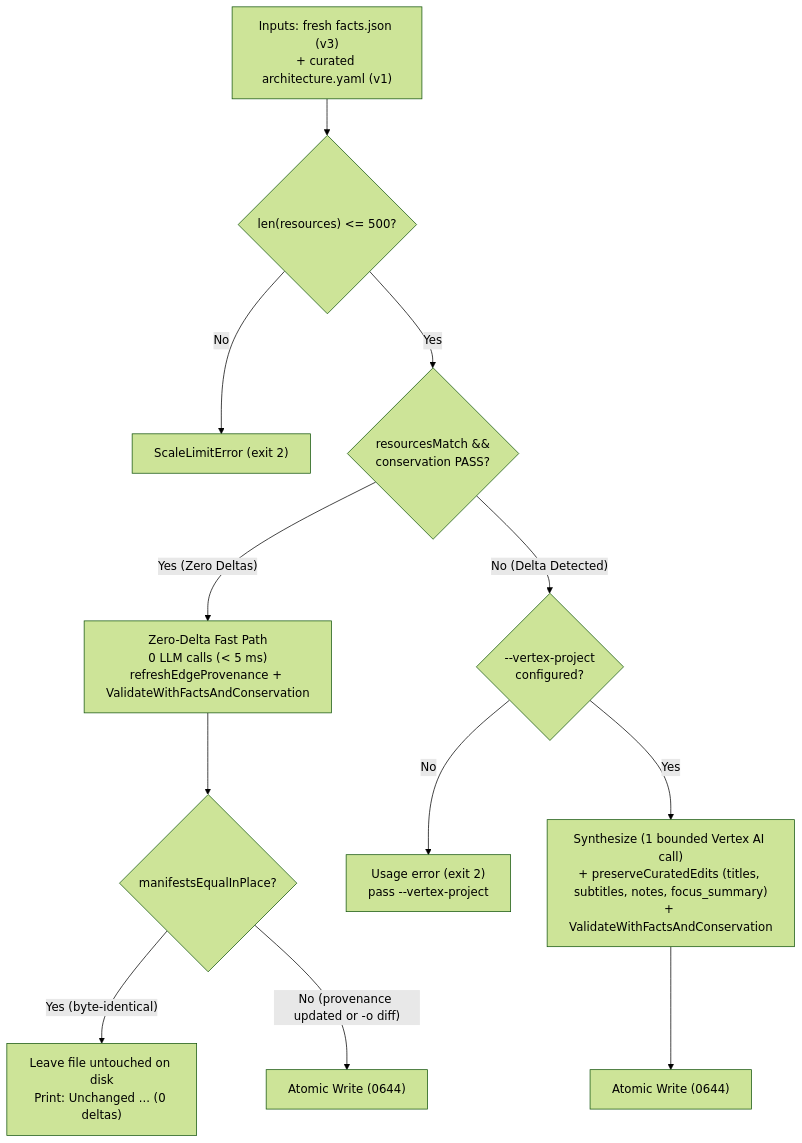
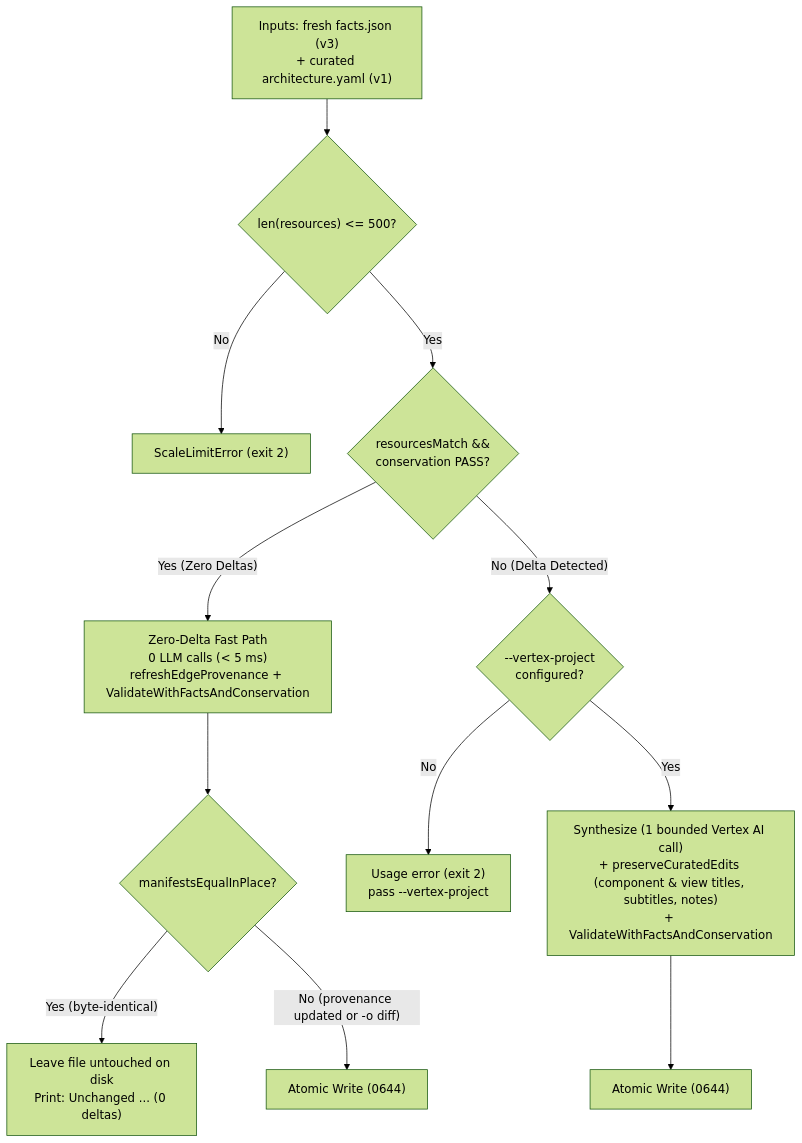
One commit to arrase/gcp-arch changed the second of 2 diagrams in gh-pages/synthesis.md. Above: the diagram before and after it, drawn with Mermaid (forest theme). The commit also changed other lines of this file and 13 other files, not shown here.

````diff
--- a/gh-pages/synthesis.md
+++ b/gh-pages/synthesis.md
@@ -164,16 +164,16 @@
 ```mermaid
 flowchart TD
     Start["Inputs: fresh facts.json (v3)\n+ curated architecture.yaml (v1)"] --> Cap{"len(resources) <= 500?"}
     Cap -- "No" --> ErrScale["ScaleLimitError (exit 2)"]
     Cap -- "Yes" --> FastCheck{"resourcesMatch &&\nconservation PASS?"}
 
     FastCheck -- "Yes (Zero Deltas)" --> FastPath["Zero-Delta Fast Path\n0 LLM calls (< 5 ms)\nrefreshEdgeProvenance + ValidateWithFactsAndConservation"]
     FastPath --> EqualCheck{"manifestsEqualInPlace?"}
     EqualCheck -- "Yes (byte-identical)" --> NoTouch["Leave file untouched on disk\nPrint: Unchanged ... (0 deltas)"]
     EqualCheck -- "No (provenance updated or -o diff)" --> WriteFast["Atomic Write (0644)"]
 
     FastCheck -- "No (Delta Detected)" --> ClientCheck{"--vertex-project\nconfigured?"}
     ClientCheck -- "No" --> ErrClient["Usage error (exit 2)\npass --vertex-project"]
-    ClientCheck -- "Yes" --> DeltaSynth["Synthesize (1 bounded Vertex AI call)\n+ preserveCuratedEdits (titles, subtitles, notes, focus_summary)\n+ ValidateWithFactsAndConservation"]
+    ClientCheck -- "Yes" --> DeltaSynth["Synthesize (1 bounded Vertex AI call)\n+ preserveCuratedEdits (component & view titles, subtitles, notes)\n+ ValidateWithFactsAndConservation"]
     DeltaSynth --> WriteDelta["Atomic Write (0644)"]
 ```
````
